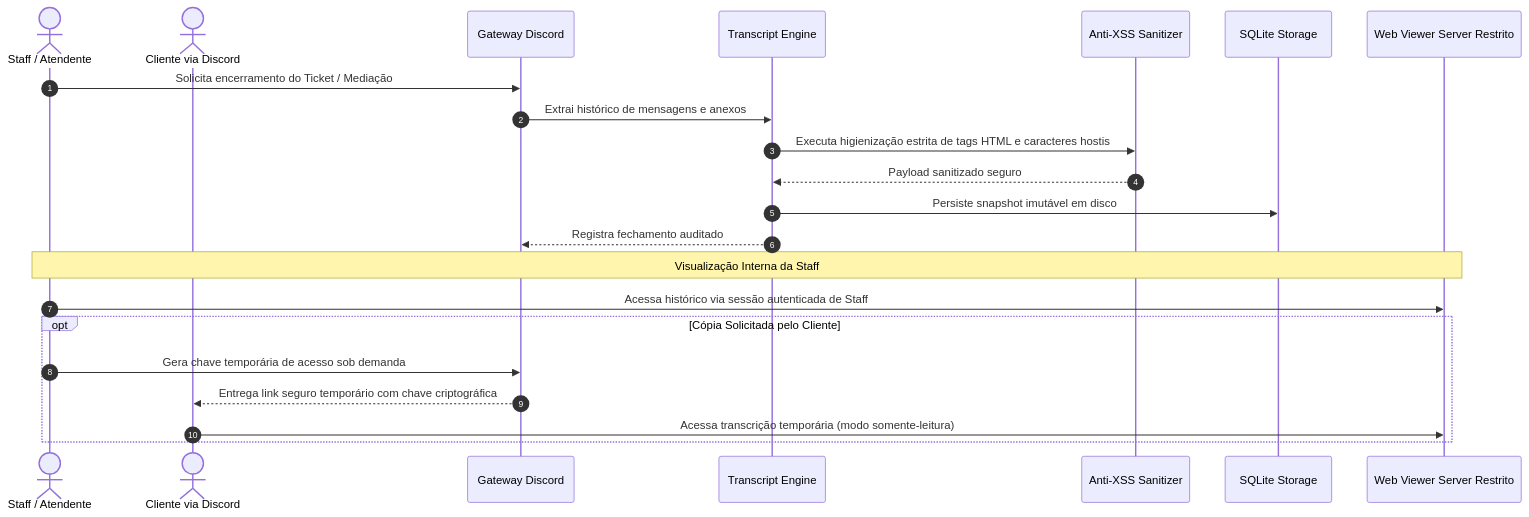
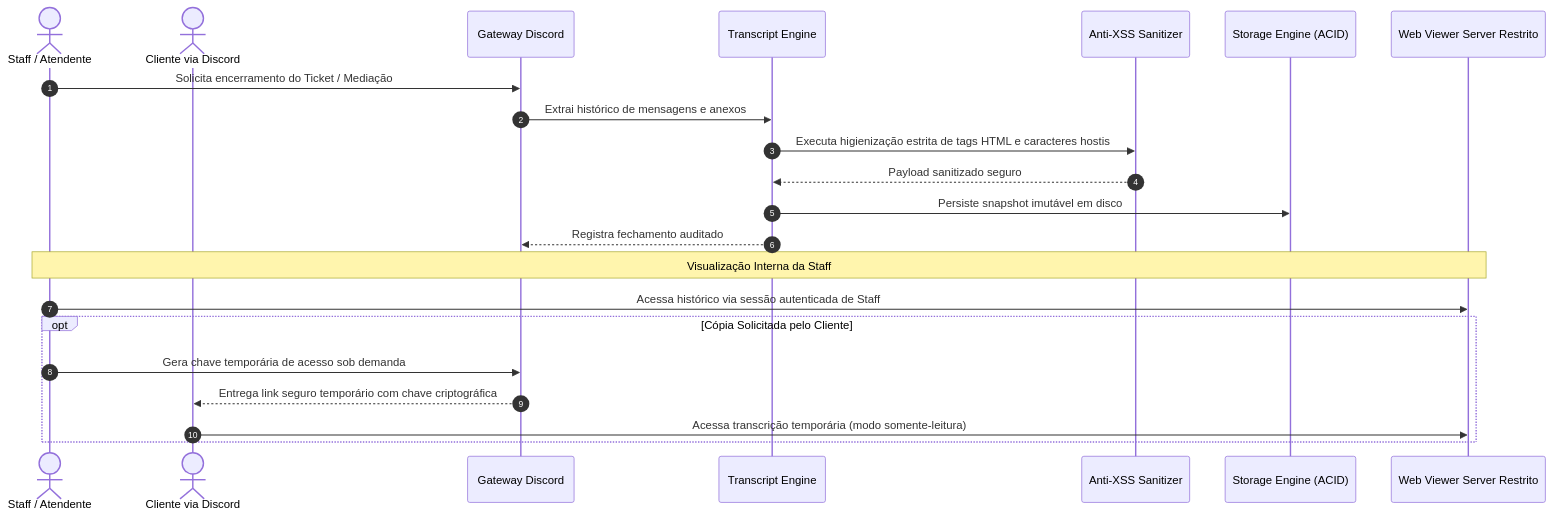
One commit to HellDevsStudio/hellcore-showcase changed the second of 2 diagrams in ARCHITECTURE.md. Above: the diagram before and after it, drawn with Mermaid. The commit also changed other lines of this file and 3 other files, not shown here.

Commit message:
docs: generalize architecture claims to principle-based without proprietary specifics

````diff
--- a/ARCHITECTURE.md
+++ b/ARCHITECTURE.md
@@ -94,25 +94,25 @@
 ```mermaid
 sequenceDiagram
     autonumber
     actor Staff as Staff / Atendente
     actor Cliente as Cliente via Discord
     participant Bot as Gateway Discord
     participant Pipeline as Transcript Engine
     participant Sanitizer as Anti-XSS Sanitizer
-    participant DB as SQLite Storage
+    participant DB as Storage Engine (ACID)
     participant Web as Web Viewer Server Restrito
 
     Staff->>Bot: Solicita encerramento do Ticket / Mediação
     Bot->>Pipeline: Extrai histórico de mensagens e anexos
     Pipeline->>Sanitizer: Executa higienização estrita de tags HTML e caracteres hostis
     Sanitizer-->>Pipeline: Payload sanitizado seguro
     Pipeline->>DB: Persiste snapshot imutável em disco
     Pipeline-->>Bot: Registra fechamento auditado
     Note over Staff,Web: Visualização Interna da Staff
     Staff->>Web: Acessa histórico via sessão autenticada de Staff
     opt Cópia Solicitada pelo Cliente
         Staff->>Bot: Gera chave temporária de acesso sob demanda
         Bot-->>Cliente: Entrega link seguro temporário com chave criptográfica
         Cliente->>Web: Acessa transcrição temporária (modo somente-leitura)
     end
 ```
````
